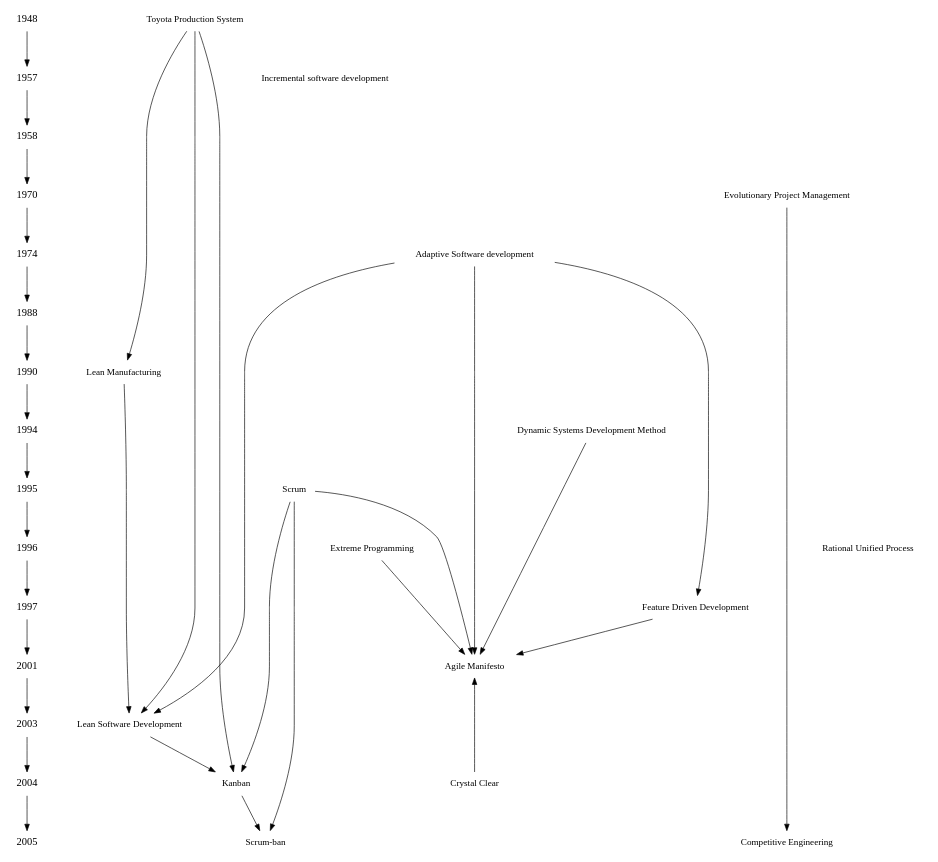
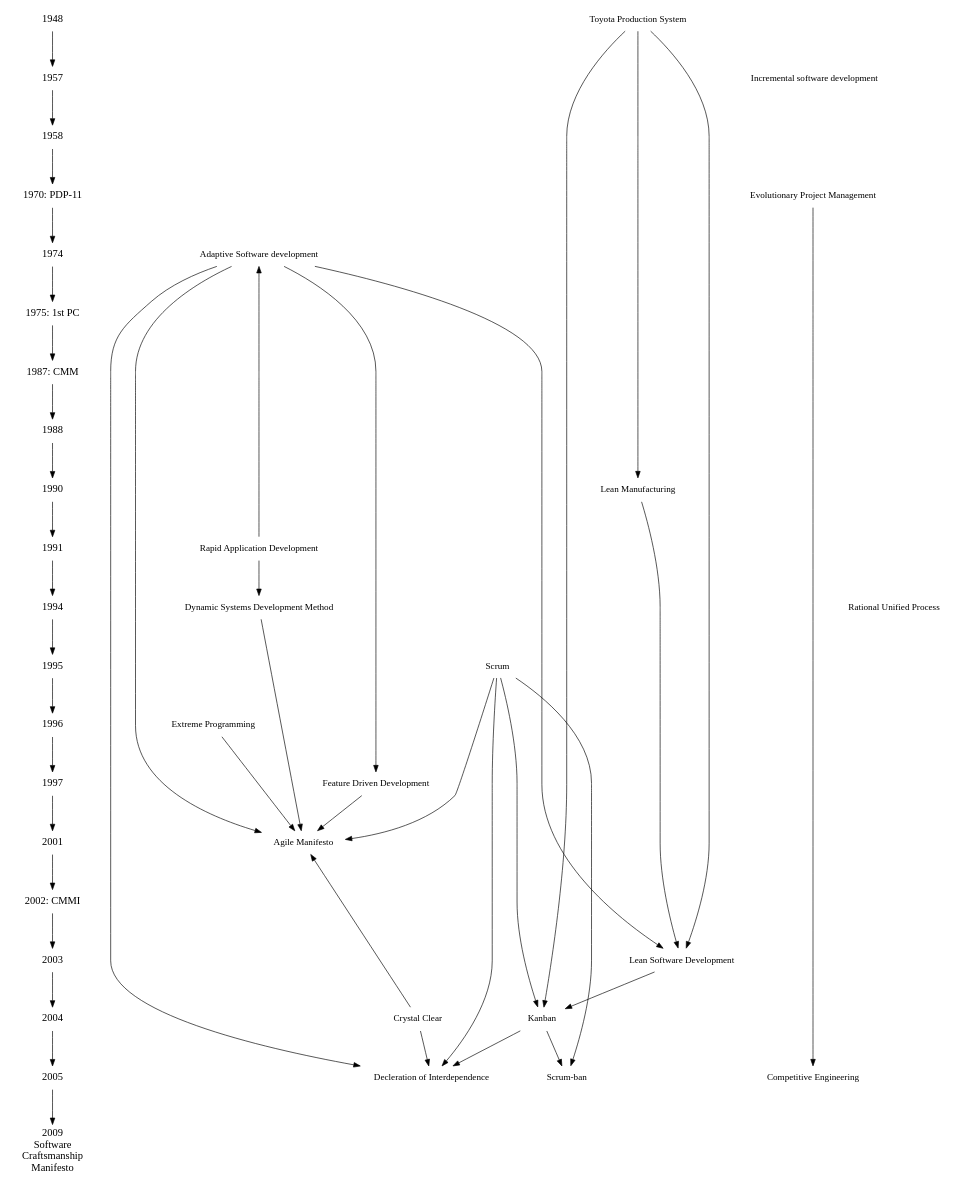
Before and after one commit to basbossink/presentations: the diagram in agile-methods/images/history.dot, drawn with Graphviz.

Commit message:
Fix history graph.

```diff
--- a/agile-methods/images/history.dot
+++ b/agile-methods/images/history.dot
@@ -1,54 +1,69 @@
 digraph history {
     /* rankdir=LR; */
     ranksep=.75;
     {
         node[shape=plaintext, fontsize=16];
-        1948 -> 1957 -> 1958 -> 1970 -> 1974 -> 1988 -> 1990 -> 1994 -> 1995 -> 
-        1996 -> 1997 -> 2001 -> 2003 -> 2004 -> 2005
+        1948 -> 1957 -> 1958 -> 1970 -> 1974 -> 1975 -> 1987 -> 1988;
+        1988 -> 1990 -> 1991 -> 1994 -> 1995 -> 1996 -> 1997 -> 2001; 
+        2001 -> 2002 -> 2003 -> 2004 -> 2005 -> 2009
     }
     node [shape=none];
     { rank = same; 1948; TPS; }
     { rank = same; 1957; Inc;}
     { rank = same; 1970; evo; }
     { rank = same; 1974; adapt; }
     { rank = same; 1990; Lean; } 
-    { rank = same; 1994; dsdm; }
+    { rank = same; 1991; rad; } 
+    { rank = same; 1994; rup; dsdm; }
     { rank = same; 1995; scrum; }
-    { rank = same; 1996; rup; xp; }
+    { rank = same; 1996; xp; }
     { rank = same; 1997; fdd; }
     { rank = same; 2001; am; }
     { rank = same; 2003; leansd; }   
     { rank = same; 2004; kanban; cc; }
-    { rank = same; 2005; comp; }
+    { rank = same; 2005; comp; doi; }
+    2002[label="2002: CMMI"]
+    1987[label="1987: CMM"]
+    1975[label="1975: 1st PC"]
+    1970[label="1970: PDP-11"]
     TPS[label="Toyota Production System"];
     Lean[label="Lean Manufacturing"];
     Inc[label="Incremental software development"];
     adapt[label="Adaptive Software development"];
     evo[label="Evolutionary Project Management"];
     comp[label="Competitive Engineering"];
     rup[label="Rational Unified Process"];
     scrum[label="Scrum"];
     cc[label="Crystal Clear"];
     xp[label="Extreme Programming"];
     fdd[label="Feature Driven Development"];
     dsdm[label="Dynamic Systems Development Method"];
     am[label="Agile Manifesto"];
     kanban[label="Kanban"];
     leansd[label="Lean Software Development"];
     scrumban[label="Scrum-ban"];
+    rad[label="Rapid Application Development"]
+    doi[label="Decleration of Interdependence"]
+    2009[label="2009\nSoftware\nCraftsmanship\nManifesto"]
     TPS -> Lean -> leansd -> kanban;
     TPS -> leansd;
     TPS -> kanban;
+    rad -> adapt;
+    rad -> dsdm;
     adapt -> leansd;
     scrum -> kanban;
     adapt -> fdd;
     scrum -> am;
     dsdm -> am;
     xp -> am;
     cc -> am;
     adapt -> am;
     fdd -> am;
     scrum -> scrumban;
     kanban -> scrumban;
     evo -> comp;
+    adapt -> doi;
+    cc -> doi;
+    scrum -> doi;
+    kanban -> doi;
 }
```
